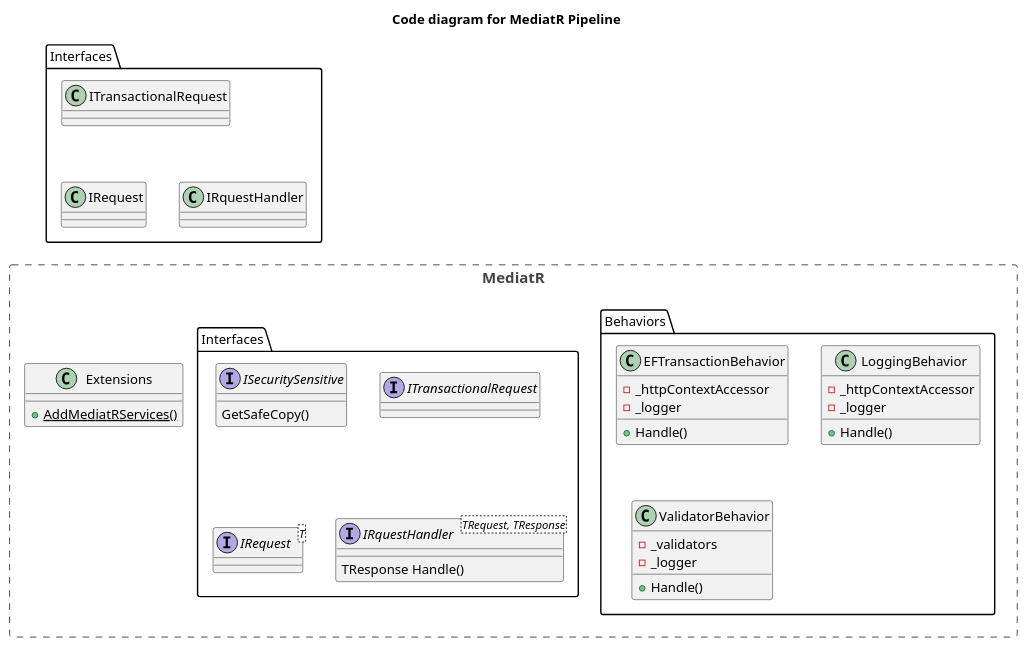
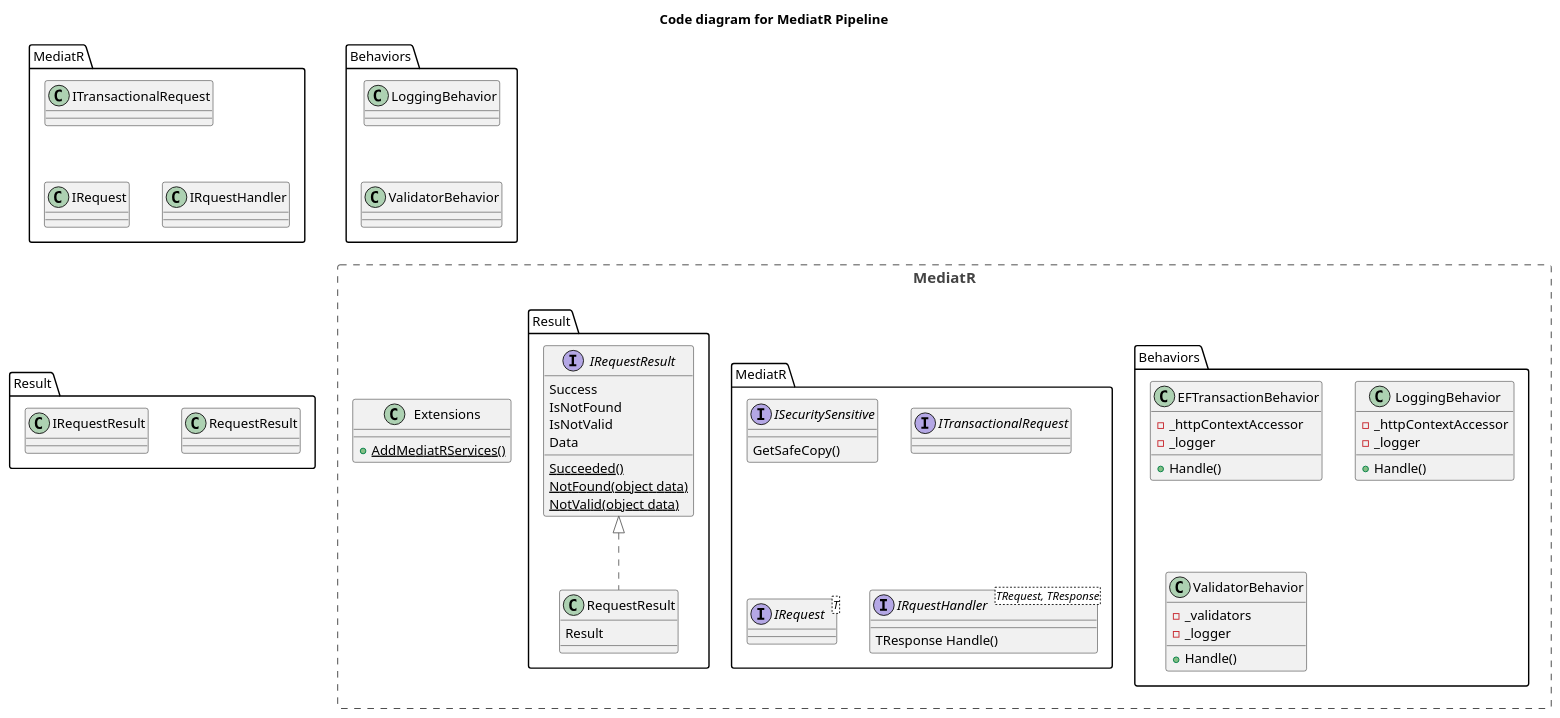
The diagram in architecture/mediatr.puml (salmarsumi/CleanArchitecture), drawn with PlantUML before and after one commit.

Commit message:
mediatR architectural diagram changes

```diff
--- a/architecture/mediatr.puml
+++ b/architecture/mediatr.puml
@@ -1,48 +1,67 @@
 @startuml
 !include https://raw.githubusercontent.com/plantuml-stdlib/C4-PlantUML/master/C4_Component.puml
 
 HIDE_STEREOTYPE()
 
 title Code diagram for MediatR Pipeline
 
 Boundary(mediatr, "MediatR") {
 
     namespace Behaviors {
              class EFTransactionBehavior {
             -_httpContextAccessor
             -_logger
             +Handle()
         }
         class LoggingBehavior {
             -_httpContextAccessor
             -_logger
             +Handle()
         }
         class ValidatorBehavior {
             -_validators
             -_logger
             +Handle()
         }
     }
     
-    namespace Interfaces {
+    namespace MediatR{
         interface ISecuritySensitive {
             GetSafeCopy()
         }
         interface ITransactionalRequest
         interface IRequest<T>
         interface IRquestHandler<TRequest, TResponse> {
             TResponse Handle()
         }
     }
 
+    namespace Result{
+        class RequestResult implements IRequestResult {
+        Result
+        }
+
+        interface IRequestResult {
+            Success
+            IsNotFound
+            IsNotValid
+            Data
+            {static} Succeeded()
+            {static} NotFound(object data)
+            {static} NotValid(object data)
+        }
+    }
+
     class Extensions {
         {static} +AddMediatRServices()
     }
 }
 
-Lay_L(Interfaces.IRquestHandler, Interfaces.IRequest)
-Lay_U(Interfaces.IRequest, Interfaces.ITransactionalRequest)
-Lay_U(Extensions, Interfaces.IRequest)
+Lay_L(MediatR.IRquestHandler, MediatR.IRequest)
+Lay_U(MediatR.IRequest, MediatR.ITransactionalRequest)
+Lay_L(Result.RequestResult, Result.IRequestResult)
+Lay_U(Result.IRequestResult, MediatR.IRequest)
+Lay_U(Behaviors.ValidatorBehavior, Behaviors.LoggingBehavior)
+Lay_U(Extensions, Behaviors.ValidatorBehavior)
 
 @enduml
```
